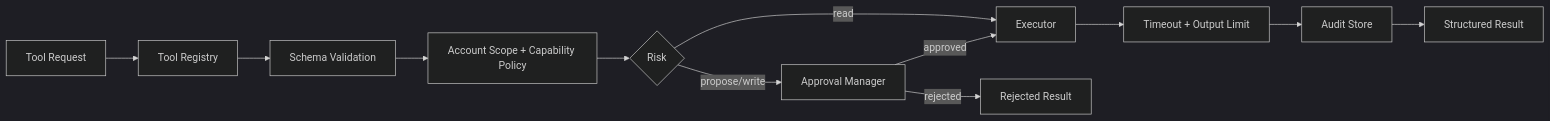
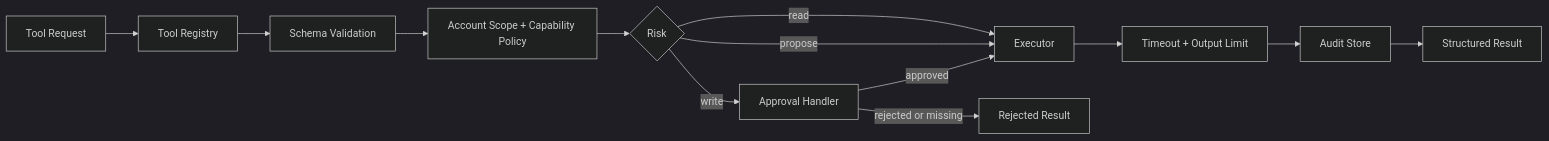
Before and after one commit to Long95percent/StepView: the fifth of 7 diagrams in docs/ARCHITECTURE_AND_EXTENSION_GUIDE.md, drawn with Mermaid (dark theme). The commit also changed other lines of this file and 40 other files, not shown here.

````diff
--- a/docs/ARCHITECTURE_AND_EXTENSION_GUIDE.md
+++ b/docs/ARCHITECTURE_AND_EXTENSION_GUIDE.md
@@ -266,14 +285,15 @@
 ```mermaid
 flowchart LR
     REQ[Tool Request] --> REG[Tool Registry]
     REG --> VALID[Schema Validation]
     VALID --> POLICY[Account Scope + Capability Policy]
     POLICY --> RISK{Risk}
     RISK -->|read| EXEC[Executor]
-    RISK -->|propose/write| GATE[Approval Manager]
+    RISK -->|propose| EXEC
+    RISK -->|write| GATE[Approval Handler]
     GATE -->|approved| EXEC
-    GATE -->|rejected| DENY[Rejected Result]
+    GATE -->|rejected or missing| DENY[Rejected Result]
     EXEC --> LIMIT[Timeout + Output Limit]
     LIMIT --> AUDIT[Audit Store]
     AUDIT --> RESULT[Structured Result]
 ```
````
